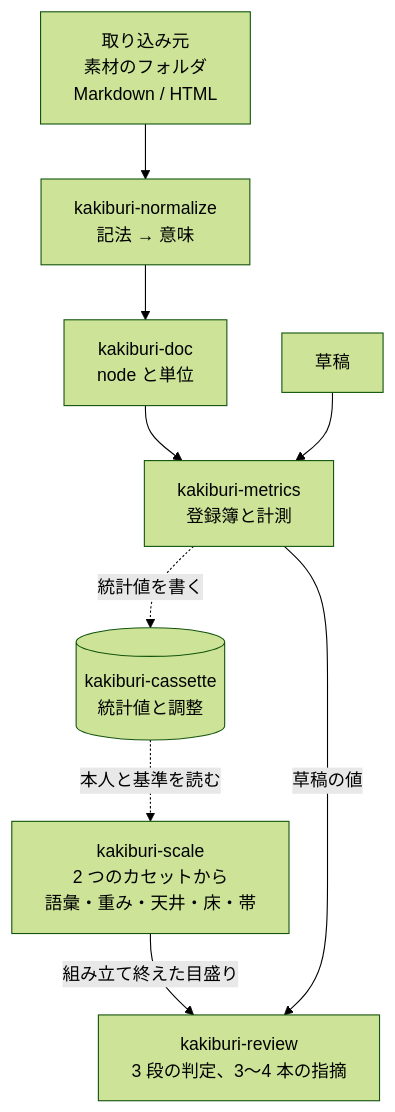
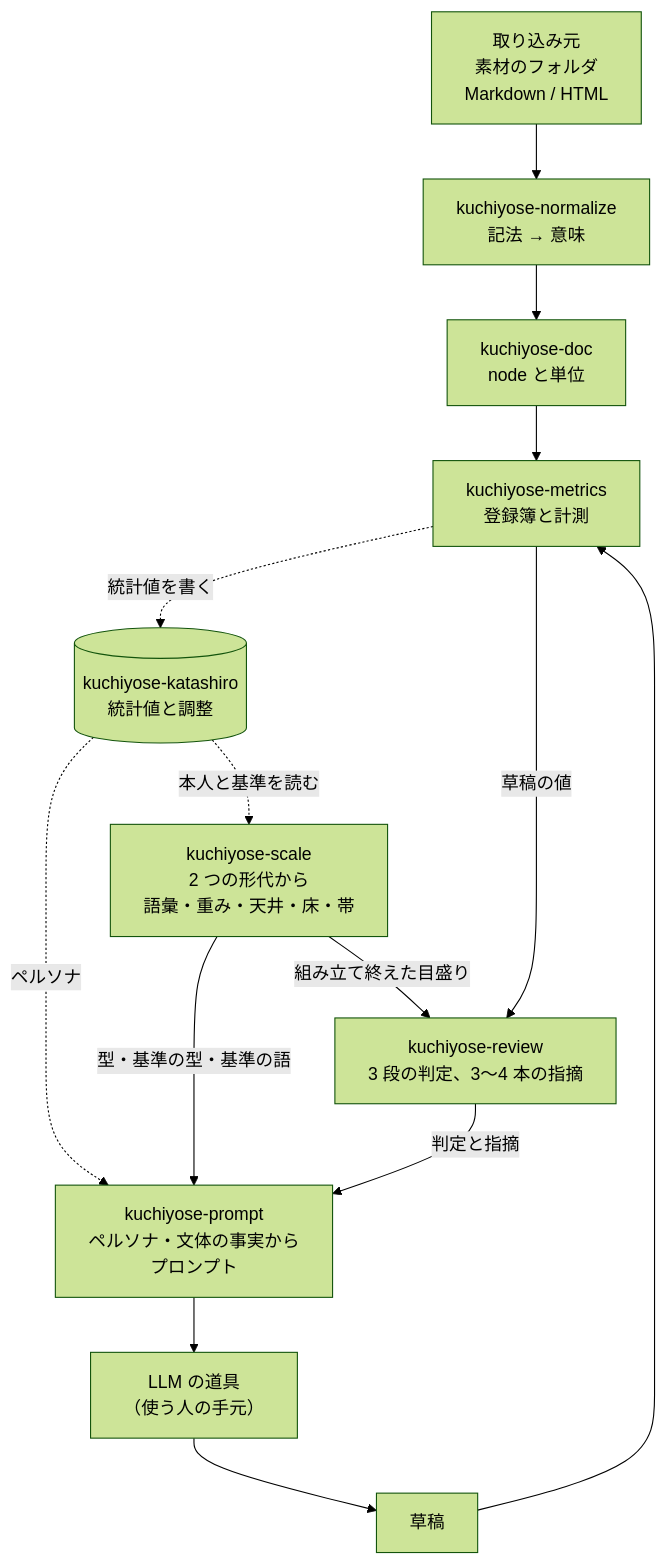
The first of 2 diagrams in docs/design/000-architecture.md (lambdalisue/kuchiyose), drawn with Mermaid (forest theme) before and after one commit. The commit also changed other lines of this file and 207 other files, not shown here.

````diff
--- a/docs/design/000-architecture.md
+++ b/docs/design/000-architecture.md
@@ -35,20 +37,27 @@
 ```mermaid
 flowchart TB
     src["取り込み元<br/>素材のフォルダ<br/>Markdown / HTML"]
-    norm["kakiburi-normalize<br/>記法 → 意味"]
-    doc["kakiburi-doc<br/>node と単位"]
-    met["kakiburi-metrics<br/>登録簿と計測"]
-    cas[("kakiburi-cassette<br/>統計値と調整")]
-    scale["kakiburi-scale<br/>2 つのカセットから<br/>語彙・重み・天井・床・帯"]
-    rev["kakiburi-review<br/>3 段の判定、3〜4 本の指摘"]
+    norm["kuchiyose-normalize<br/>記法 → 意味"]
+    doc["kuchiyose-doc<br/>node と単位"]
+    met["kuchiyose-metrics<br/>登録簿と計測"]
+    cas[("kuchiyose-katashiro<br/>統計値と調整")]
+    scale["kuchiyose-scale<br/>2 つの形代から<br/>語彙・重み・天井・床・帯"]
+    rev["kuchiyose-review<br/>3 段の判定、3〜4 本の指摘"]
     draft["草稿"]
+    prompt["kuchiyose-prompt<br/>ペルソナ・文体の事実から<br/>プロンプト"]
+    agent["LLM の道具<br/>（使う人の手元）"]
 
     src --> norm
     norm --> doc
     doc --> met
     met -. 統計値を書く .-> cas
     cas -. 本人と基準を読む .-> scale
     scale -- 組み立て終えた目盛り --> rev
     draft --> met
     met -- 草稿の値 --> rev
+    cas -. ペルソナ .-> prompt
+    scale -- 型・基準の型・基準の語 --> prompt
+    rev -- 判定と指摘 --> prompt
+    prompt --> agent
+    agent --> draft
 ```
````
